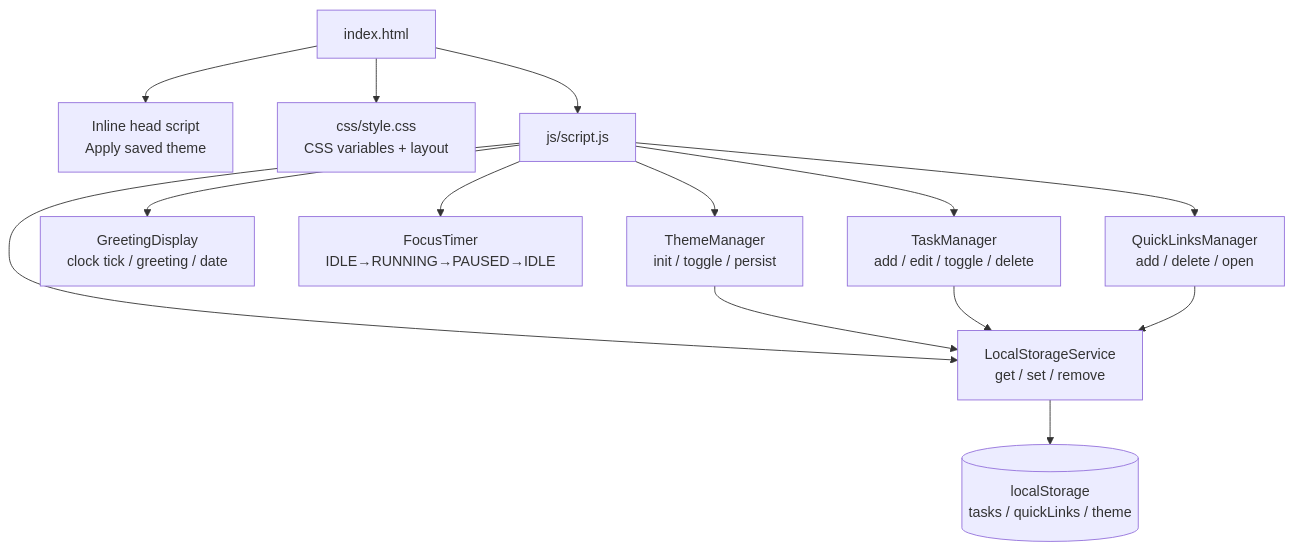
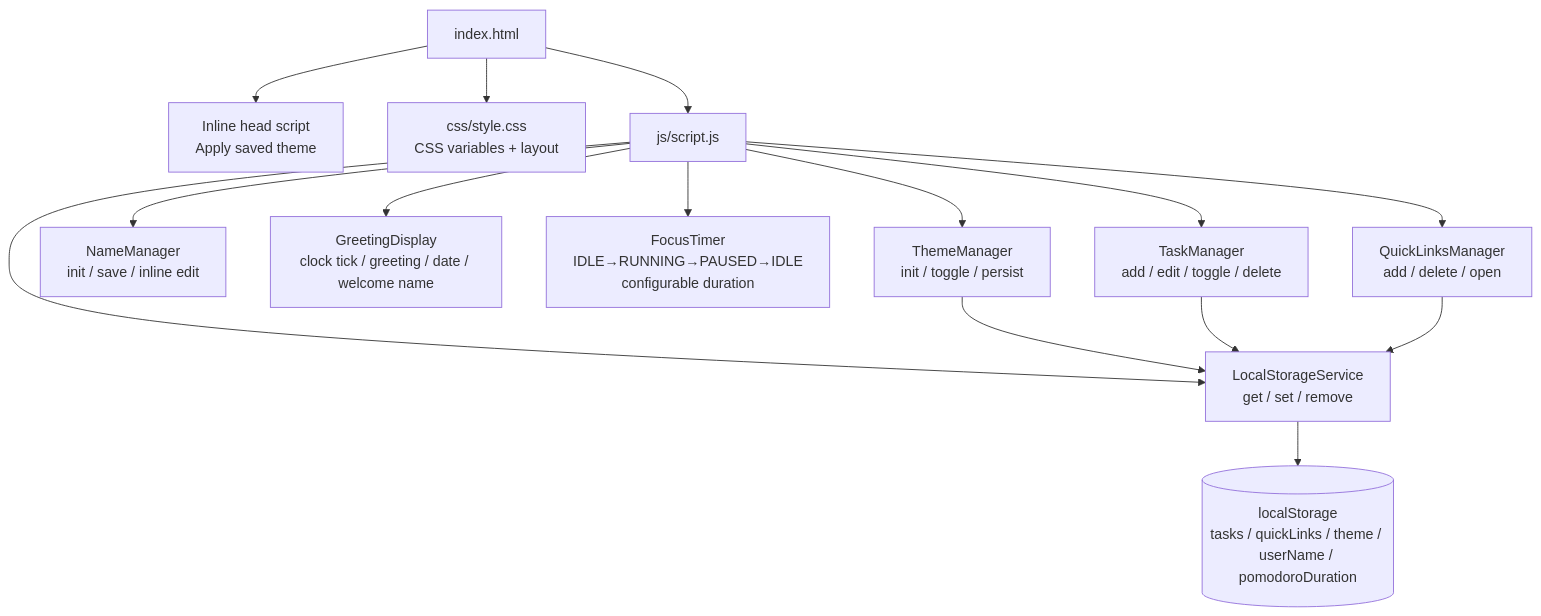
The diagram in .kiro/specs/todo-list-life-dashboard/design.md (Daniswara-Dev/CodingCamp-16November26-fai), drawn with Mermaid before and after one commit. The commit also changed other lines of this file and 6 other files, not shown here.

````diff
--- a/.kiro/specs/todo-list-life-dashboard/design.md
+++ b/.kiro/specs/todo-list-life-dashboard/design.md
@@ -65,18 +67,19 @@
 ```mermaid
 flowchart TD
     HTML[index.html] --> InlineScript[Inline head script\nApply saved theme]
     HTML --> CSS[css/style.css\nCSS variables + layout]
     HTML --> JS[js/script.js]
 
     JS --> LSS[LocalStorageService\nget / set / remove]
     JS --> TM[ThemeManager\ninit / toggle / persist]
-    JS --> GD[GreetingDisplay\nclock tick / greeting / date]
-    JS --> FT[FocusTimer\nIDLE→RUNNING→PAUSED→IDLE]
+    JS --> NM[NameManager\ninit / save / inline edit]
+    JS --> GD[GreetingDisplay\nclock tick / greeting / date / welcome name]
+    JS --> FT[FocusTimer\nIDLE→RUNNING→PAUSED→IDLE\nconfigurable duration]
     JS --> TASK[TaskManager\nadd / edit / toggle / delete]
     JS --> QL[QuickLinksManager\nadd / delete / open]
 
-    LSS --> LS[(localStorage\ntasks / quickLinks / theme)]
+    LSS --> LS[(localStorage\ntasks / quickLinks / theme / userName / pomodoroDuration)]
     TM --> LSS
     TASK --> LSS
     QL --> LSS
 ```
````
